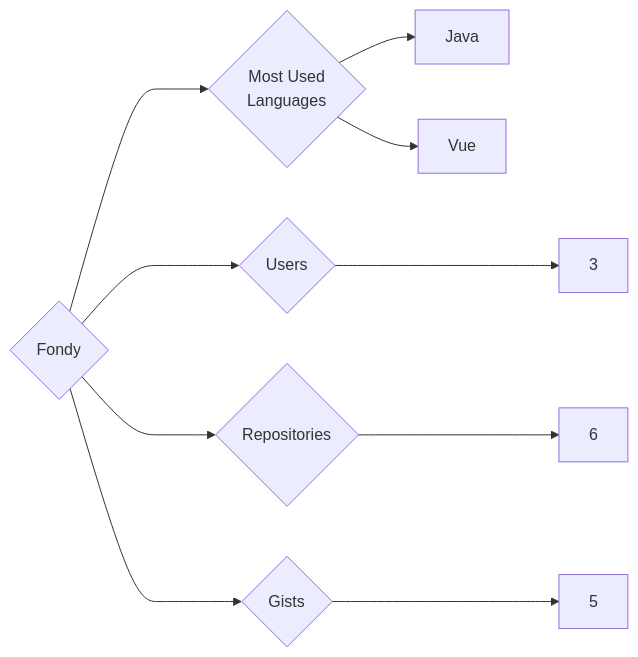
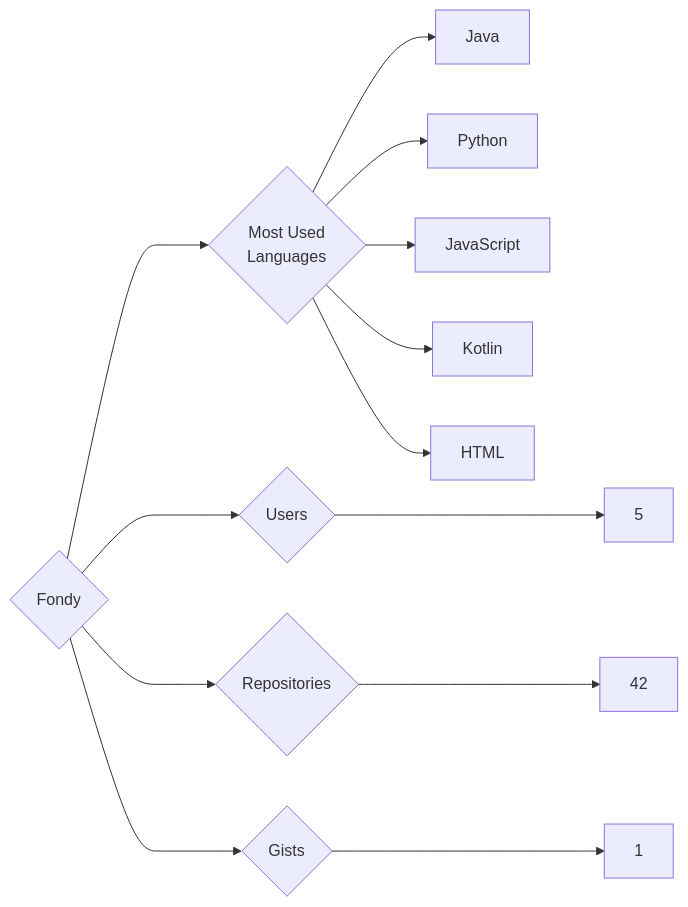
One commit to trickest/insiders changed the diagram in targets/Fondy/README.md. Above: the diagram before and after it, drawn with Mermaid. The commit also changed 610 other files, not shown here.

````diff
--- a/targets/Fondy/README.md
+++ b/targets/Fondy/README.md
@@ -3,10 +3,13 @@
 ```mermaid
 graph LR
 COMPANY_NAME{Fondy}
-COMPANY_NAME ---> U{Users} ---> UN[3]
-COMPANY_NAME ---> R{Repositories} ---> RN[6]
-COMPANY_NAME ---> G{Gists} ---> GN[5]
+COMPANY_NAME ---> U{Users} ---> UN[5]
+COMPANY_NAME ---> R{Repositories} ---> RN[42]
+COMPANY_NAME ---> G{Gists} ---> GN[1]
 COMPANY_NAME ---> ML{Most Used<br>Languages}
 ML --> Java[Java]
-ML --> Vue[Vue]
+ML --> Python[Python]
+ML --> JavaScript[JavaScript]
+ML --> Kotlin[Kotlin]
+ML --> HTML[HTML]
 ```
````
